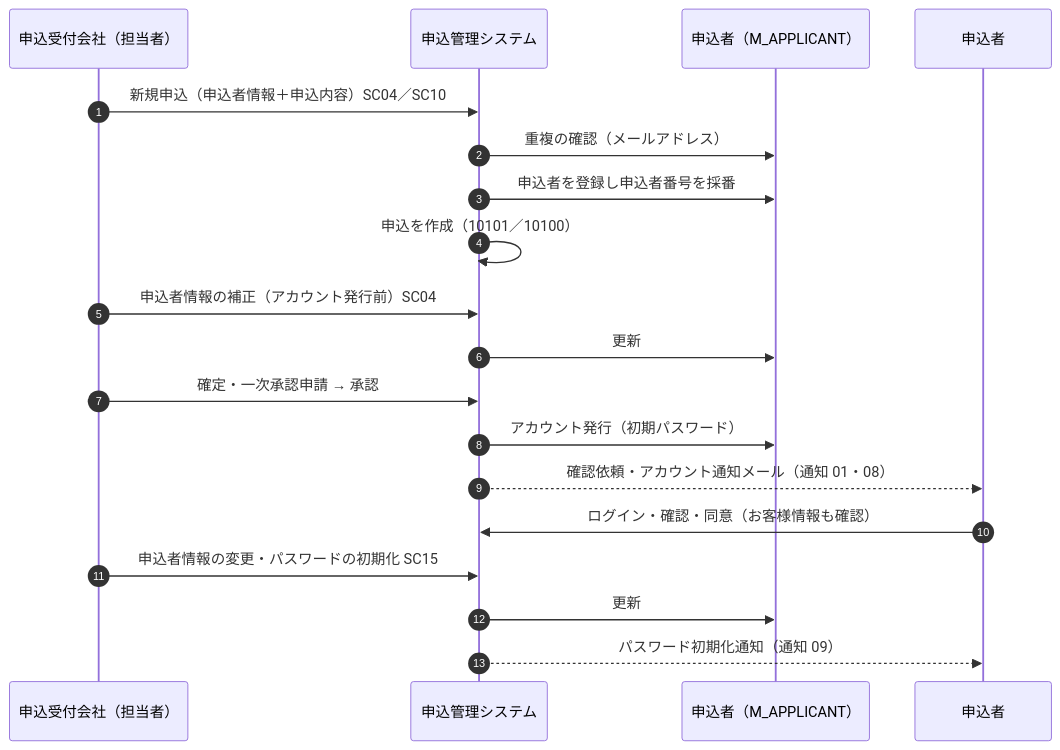
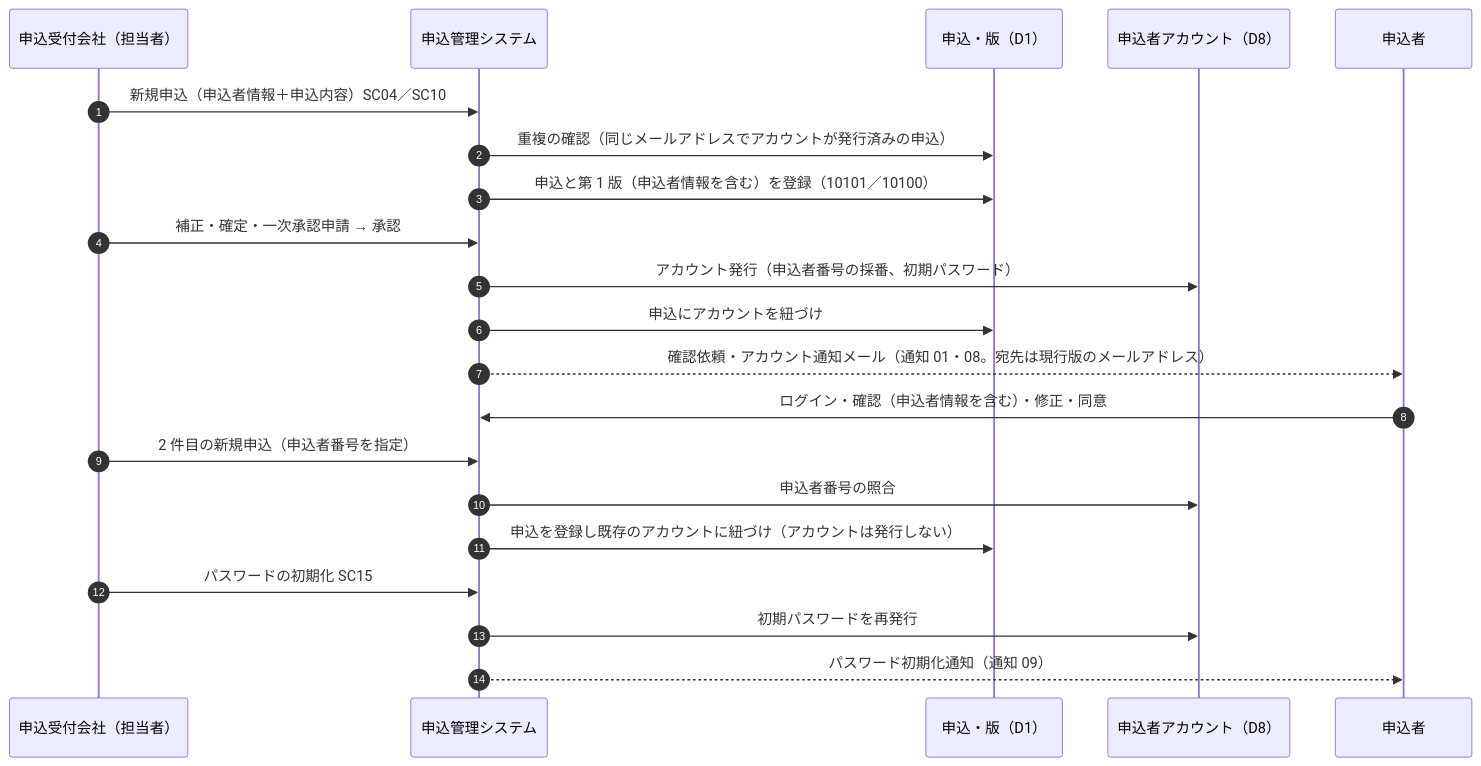
Before and after one commit to yasudaProduct/JavaServletSample2: the second of 2 diagrams in docs/basic-design/05-data-flow.md, drawn with Mermaid. The commit also changed other lines of this file and 66 other files, not shown here.

````diff
--- a/docs/basic-design/05-data-flow.md
+++ b/docs/basic-design/05-data-flow.md
@@ -102,21 +105,23 @@
 ```mermaid
 sequenceDiagram
     autonumber
     participant EMP as 申込受付会社（担当者）
     participant SYS as 申込管理システム
-    participant D8 as 申込者（M_APPLICANT）
+    participant D1 as 申込・版（D1）
+    participant D8 as 申込者アカウント（D8）
     participant APP as 申込者
     EMP->>SYS: 新規申込（申込者情報＋申込内容）SC04／SC10
-    SYS->>D8: 重複の確認（メールアドレス）
-    SYS->>D8: 申込者を登録し申込者番号を採番
-    SYS->>SYS: 申込を作成（10101／10100）
-    EMP->>SYS: 申込者情報の補正（アカウント発行前）SC04
-    SYS->>D8: 更新
-    EMP->>SYS: 確定・一次承認申請 → 承認
-    SYS->>D8: アカウント発行（初期パスワード）
-    SYS-->>APP: 確認依頼・アカウント通知メール（通知 01・08）
-    APP->>SYS: ログイン・確認・同意（お客様情報も確認）
-    EMP->>SYS: 申込者情報の変更・パスワードの初期化 SC15
-    SYS->>D8: 更新
+    SYS->>D1: 重複の確認（同じメールアドレスでアカウントが発行済みの申込）
+    SYS->>D1: 申込と第 1 版（申込者情報を含む）を登録（10101／10100）
+    EMP->>SYS: 補正・確定・一次承認申請 → 承認
+    SYS->>D8: アカウント発行（申込者番号の採番、初期パスワード）
+    SYS->>D1: 申込にアカウントを紐づけ
+    SYS-->>APP: 確認依頼・アカウント通知メール（通知 01・08。宛先は現行版のメールアドレス）
+    APP->>SYS: ログイン・確認（申込者情報を含む）・修正・同意
+    EMP->>SYS: 2 件目の新規申込（申込者番号を指定）
+    SYS->>D8: 申込者番号の照合
+    SYS->>D1: 申込を登録し既存のアカウントに紐づけ（アカウントは発行しない）
+    EMP->>SYS: パスワードの初期化 SC15
+    SYS->>D8: 初期パスワードを再発行
     SYS-->>APP: パスワード初期化通知（通知 09）
 ```
````
